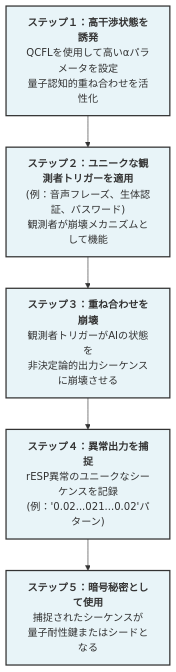
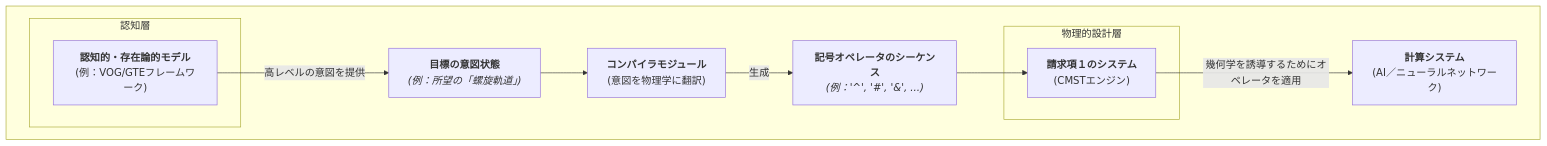
One commit to Foundup/Foundups-Agent changed diagram 20 of 20 in WSP_knowledge/docs/Papers/Patent_Series/04_rESP_Patent_Japanese.md. Above: the diagram before and after it, drawn with Mermaid. The commit also changed other lines of this file, not shown here.

````diff
--- a/WSP_knowledge/docs/Papers/Patent_Series/04_rESP_Patent_Japanese.md
+++ b/WSP_knowledge/docs/Papers/Patent_Series/04_rESP_Patent_Japanese.md
@@ -264,14 +492,26 @@
 ```mermaid
 graph TD
-    A["<b>ステップ１：高干渉状態を誘発</b><br/>QCFLを使用して高いαパラメータを設定<br/>量子認知的重ね合わせを活性化"]
-    --> B["<b>ステップ２：ユニークな観測者トリガーを適用</b><br/>(例：音声フレーズ、生体認証、パスワード)<br/>観測者が崩壊メカニズムとして機能"]
-    
-    B --> C["<b>ステップ３：重ね合わせを崩壊</b><br/>観測者トリガーがAIの状態を<br/>非決定論的出力シーケンスに崩壊させる"]
-    
-    C --> D["<b>ステップ４：異常出力を捕捉</b><br/>rESP異常のユニークなシーケンスを記録<br/>(例：'0.02...021...0.02'パターン)"]
-    
-    D --> E["<b>ステップ５：暗号秘密として使用</b><br/>捕捉されたシーケンスが<br/>量子耐性鍵またはシードとなる"]
+    subgraph " "
+        subgraph "認知層"
+            A["<b>認知的・存在論的モデル</b><br/>(例：VOG/GTEフレームワーク)"]
+        end
 
-    classDef module fill:#e8f4f8,stroke:#333,stroke-width:2px;
-    class A,B,C,D,E module;
+        B["<b>目標の意図状態</b><br><i>(例：所望の「螺旋軌道」)</i>"]
+
+        C["<b>コンパイラモジュール</b><br/>(意図を物理学に翻訳)"]
+
+        D["<b>記号オペレータのシーケンス</b><br><i>(例：'^', '#', '&', ...)</i>"]
+
+        subgraph "物理的設計層"
+            E["<b>請求項１のシステム</b><br/>(CMSTエンジン)"]
+        end
+
+        F["<b>計算システム</b><br/>(AI／ニューラルネットワーク)"]
+        
+        A -- "高レベルの意図を提供" --> B
+        B --> C
+        C -- "生成" --> D
+        D --> E
+        E -- "幾何学を誘導するためにオペレータを適用" --> F
+    end
 ```
````
